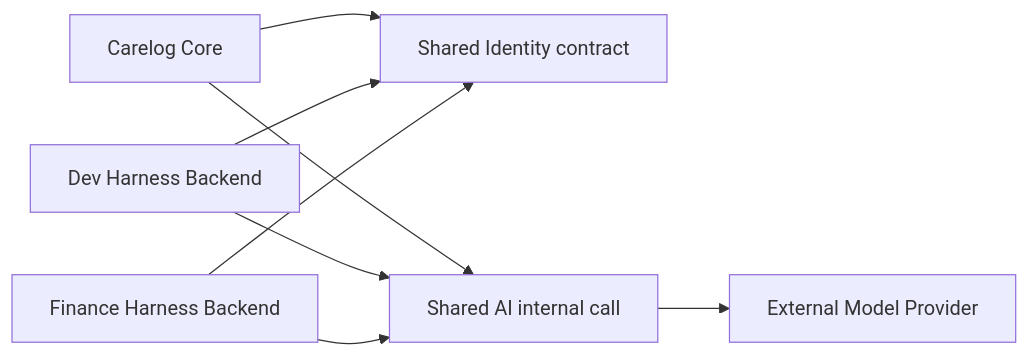
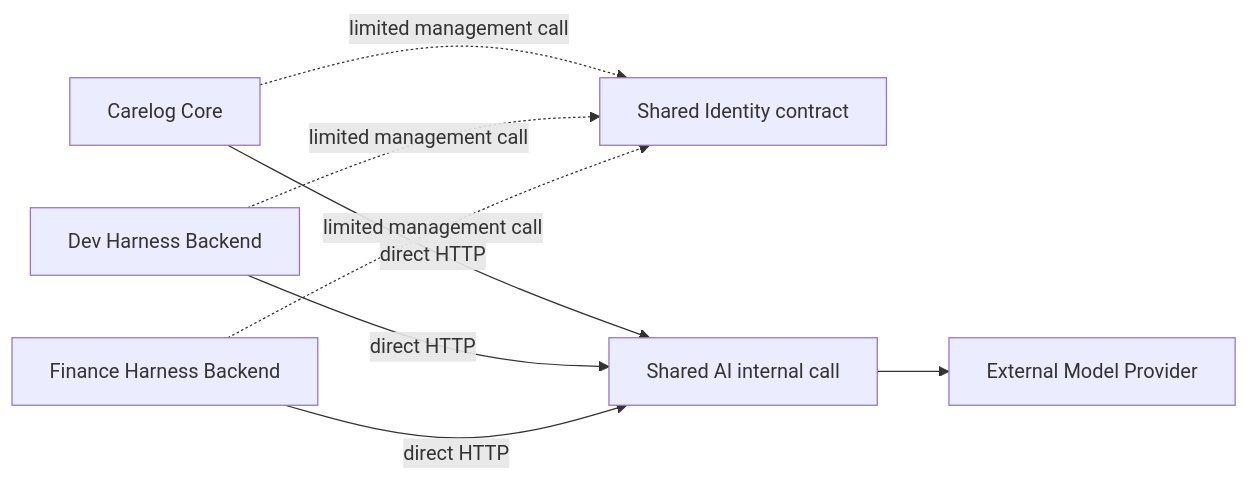
Before and after one commit to ranikun-labs/carelog-be: the fifth of 5 diagrams in docs/architecture/runtime-deployment-profiles.md, drawn with Mermaid. The commit also changed other lines of this file and 2 other files, not shown here.

Commit message:
docs(identity): 인증 서비스 추출 순서를 계약 중심으로 정렬

````diff
--- a/docs/architecture/runtime-deployment-profiles.md
+++ b/docs/architecture/runtime-deployment-profiles.md
@@ -121,10 +121,10 @@
 ```mermaid
 flowchart LR
-    carelog[Carelog Core] --> identity[Shared Identity contract]
-    dev[Dev Harness Backend] --> identity
-    finance[Finance Harness Backend] --> identity
-    carelog --> ai[Shared AI internal call]
-    dev --> ai
-    finance --> ai
+    carelog[Carelog Core] -. limited management call .-> identity[Shared Identity contract]
+    dev[Dev Harness Backend] -. limited management call .-> identity
+    finance[Finance Harness Backend] -. limited management call .-> identity
+    carelog -->|direct HTTP| ai[Shared AI internal call]
+    dev -->|direct HTTP| ai
+    finance -->|direct HTTP| ai
     ai --> provider[External Model Provider]
 ```
````
